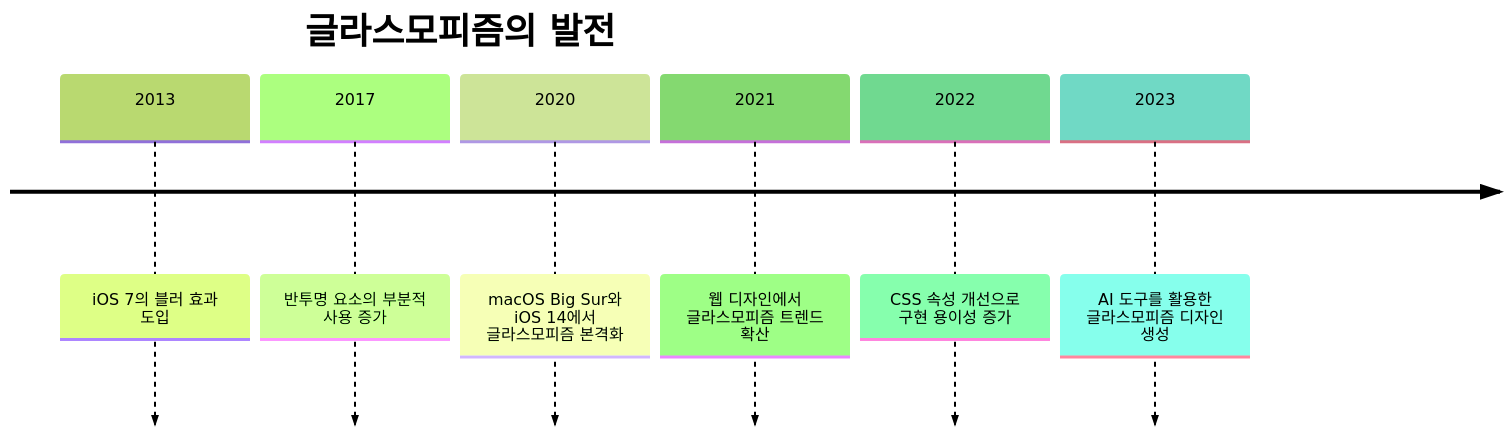
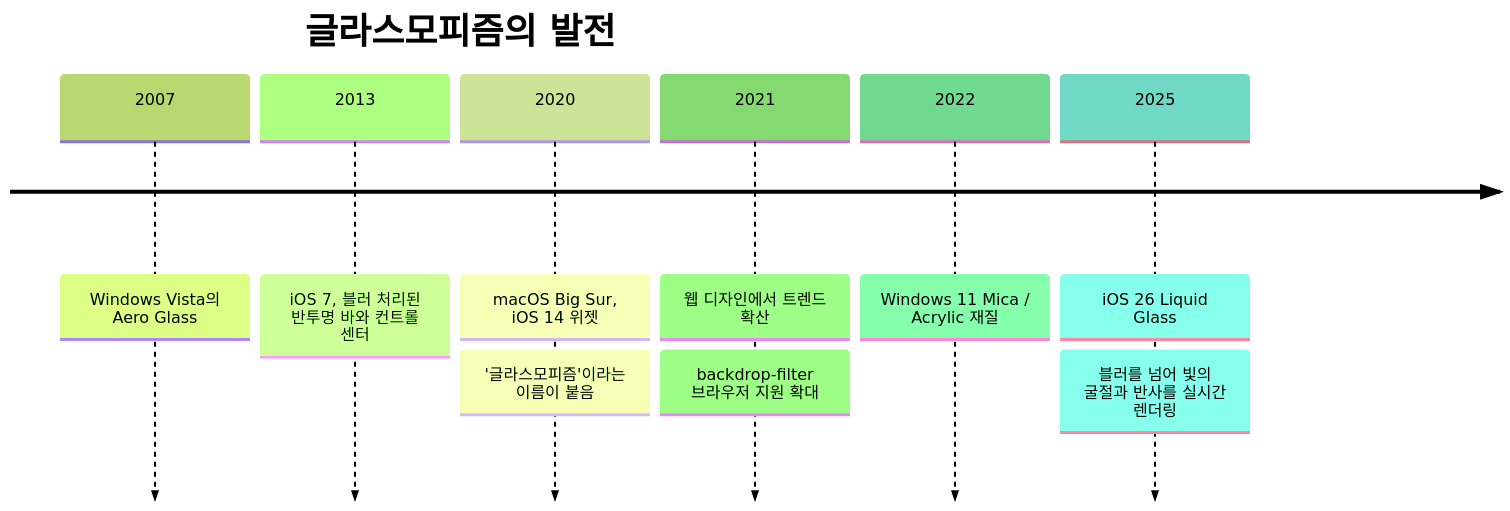
The diagram in _posts/design/style/2024-08-25-glassmorphism.md (saejinpark/saejinpark.github.io), drawn with Mermaid (forest theme) before and after one commit. The commit also changed other lines of this file and 23 other files, not shown here.

```diff
--- a/_posts/design/style/2024-08-25-glassmorphism.md
+++ b/_posts/design/style/2024-08-25-glassmorphism.md
@@ -33,10 +39,13 @@
 <div class="mermaid">
 timeline
  title 글라스모피즘의 발전
- 2013 : iOS 7의 블러 효과 도입
- 2017 : 반투명 요소의 부분적 사용 증가
- 2020 : macOS Big Sur와 iOS 14에서 글라스모피즘 본격화
- 2021 : 웹 디자인에서 글라스모피즘 트렌드 확산
- 2022 : CSS 속성 개선으로 구현 용이성 증가
- 2023 : AI 도구를 활용한 글라스모피즘 디자인 생성
+ 2007 : Windows Vista의 Aero Glass
+ 2013 : iOS 7, 블러 처리된 반투명 바와 컨트롤 센터
+ 2020 : macOS Big Sur, iOS 14 위젯
+      : '글라스모피즘'이라는 이름이 붙음
+ 2021 : 웹 디자인에서 트렌드 확산
+      : backdrop-filter 브라우저 지원 확대
+ 2022 : Windows 11 Mica / Acrylic 재질
+ 2025 : iOS 26 Liquid Glass
+      : 블러를 넘어 빛의 굴절과 반사를 실시간 렌더링
 </div>
```
